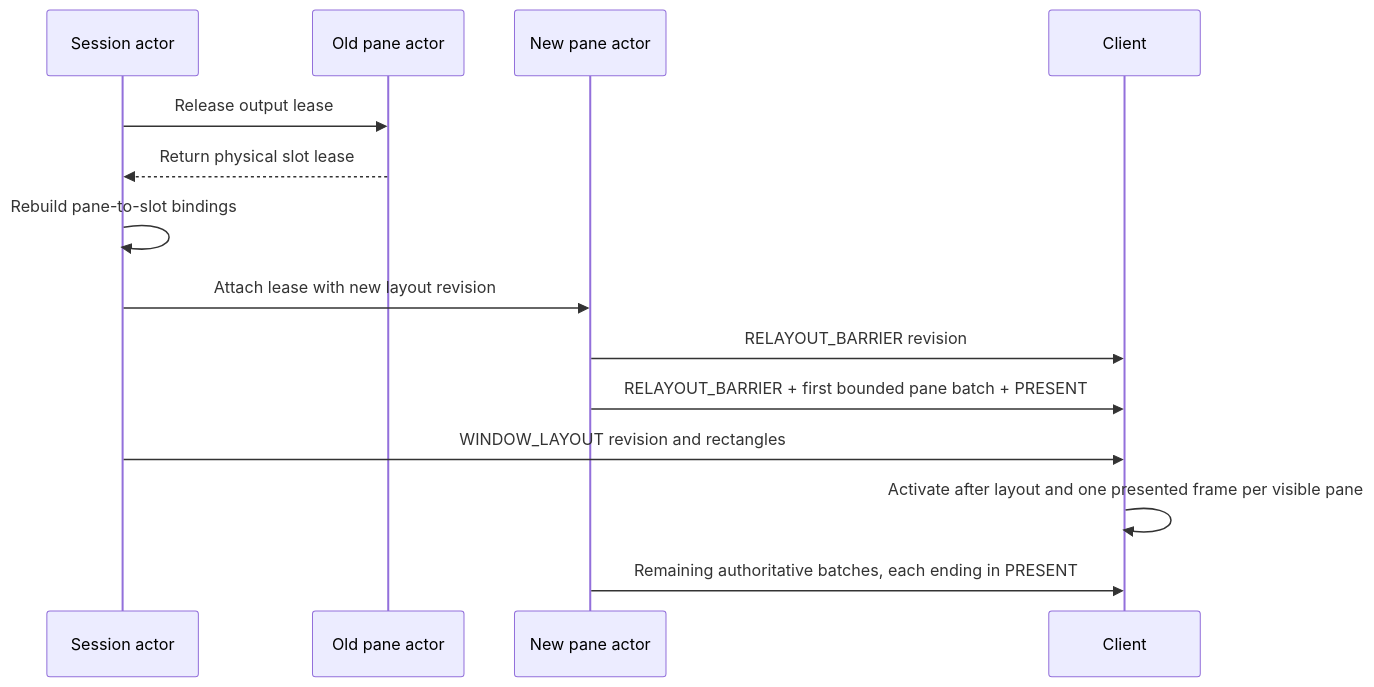
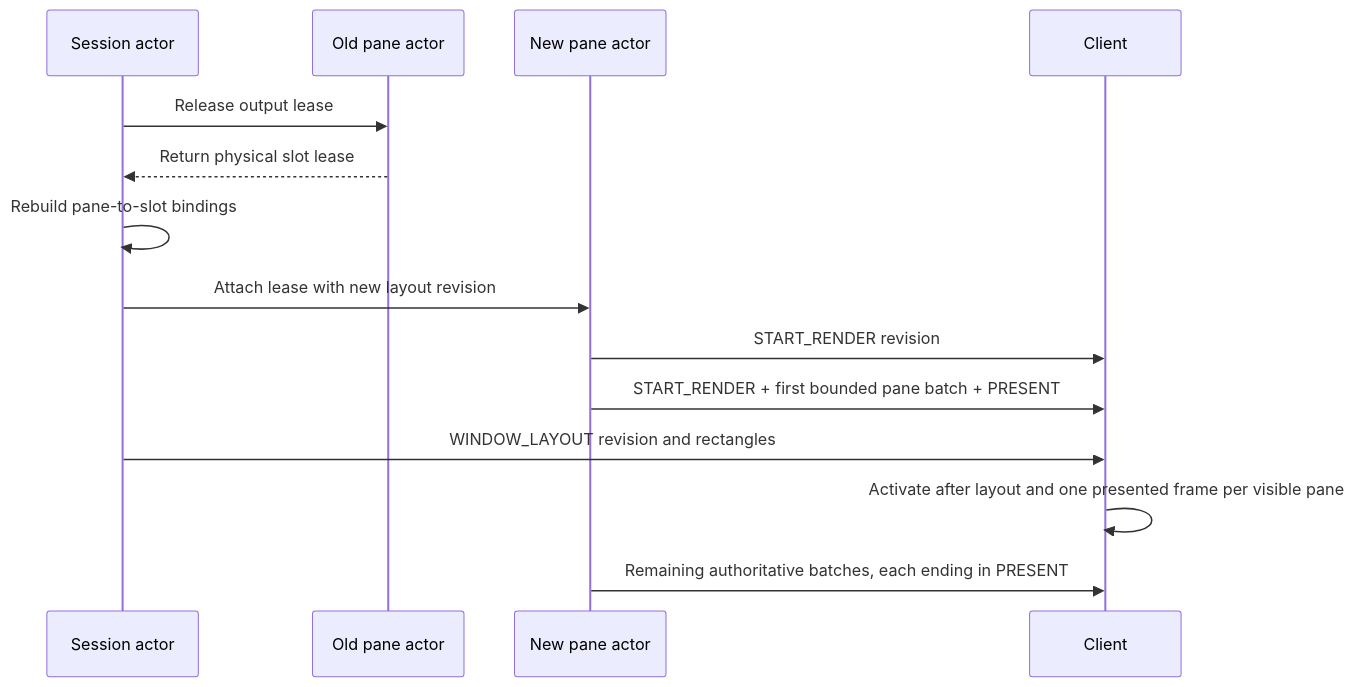
One commit to garindra/meja changed the sixth of 8 diagrams in ARCHITECTURE.md. Above: the diagram before and after it, drawn with Mermaid. The commit also changed other lines of this file and 14 other files, not shown here.

````diff
--- a/ARCHITECTURE.md
+++ b/ARCHITECTURE.md
@@ -759,17 +759,17 @@
 ```mermaid
 sequenceDiagram
     participant S as Session actor
     participant O as Old pane actor
     participant N as New pane actor
     participant C as Client
 
     S->>O: Release output lease
     O-->>S: Return physical slot lease
     S->>S: Rebuild pane-to-slot bindings
     S->>N: Attach lease with new layout revision
-    N->>C: RELAYOUT_BARRIER revision
-    N->>C: RELAYOUT_BARRIER + first bounded pane batch + PRESENT
+    N->>C: START_RENDER revision
+    N->>C: START_RENDER + first bounded pane batch + PRESENT
     S->>C: WINDOW_LAYOUT revision and rectangles
     C->>C: Activate after layout and one presented frame per visible pane
     N->>C: Remaining authoritative batches, each ending in PRESENT
 ```
````
